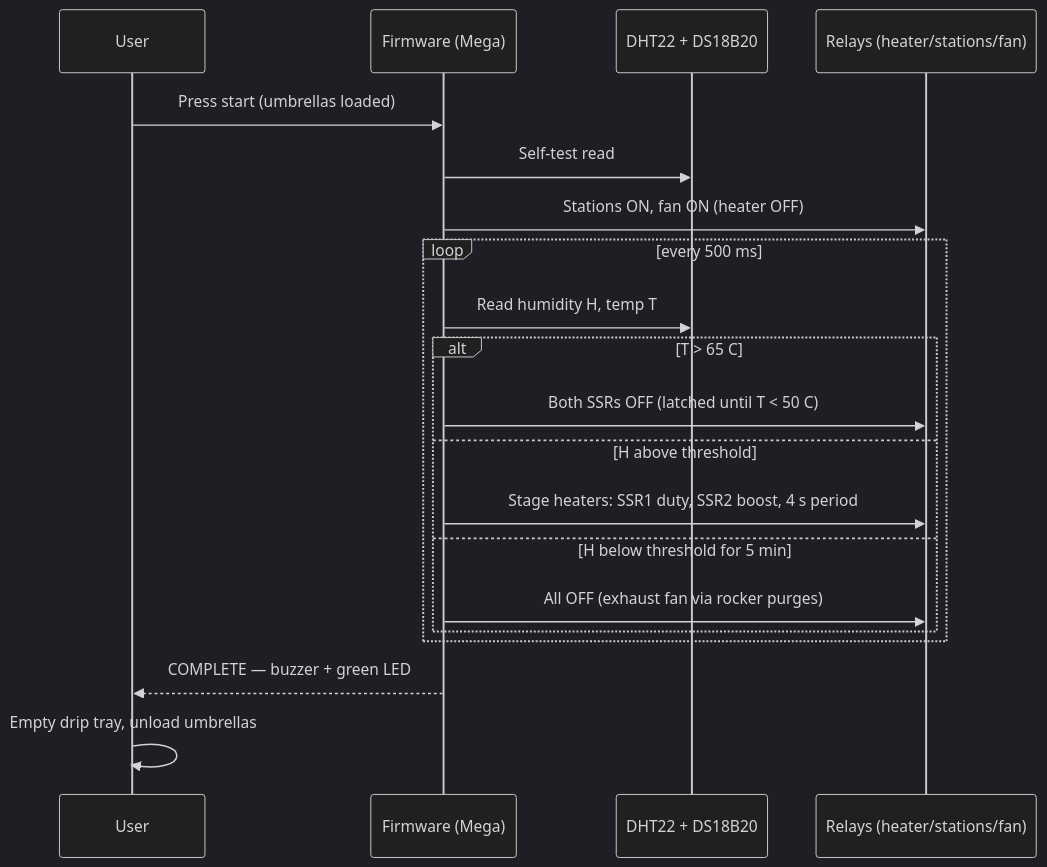
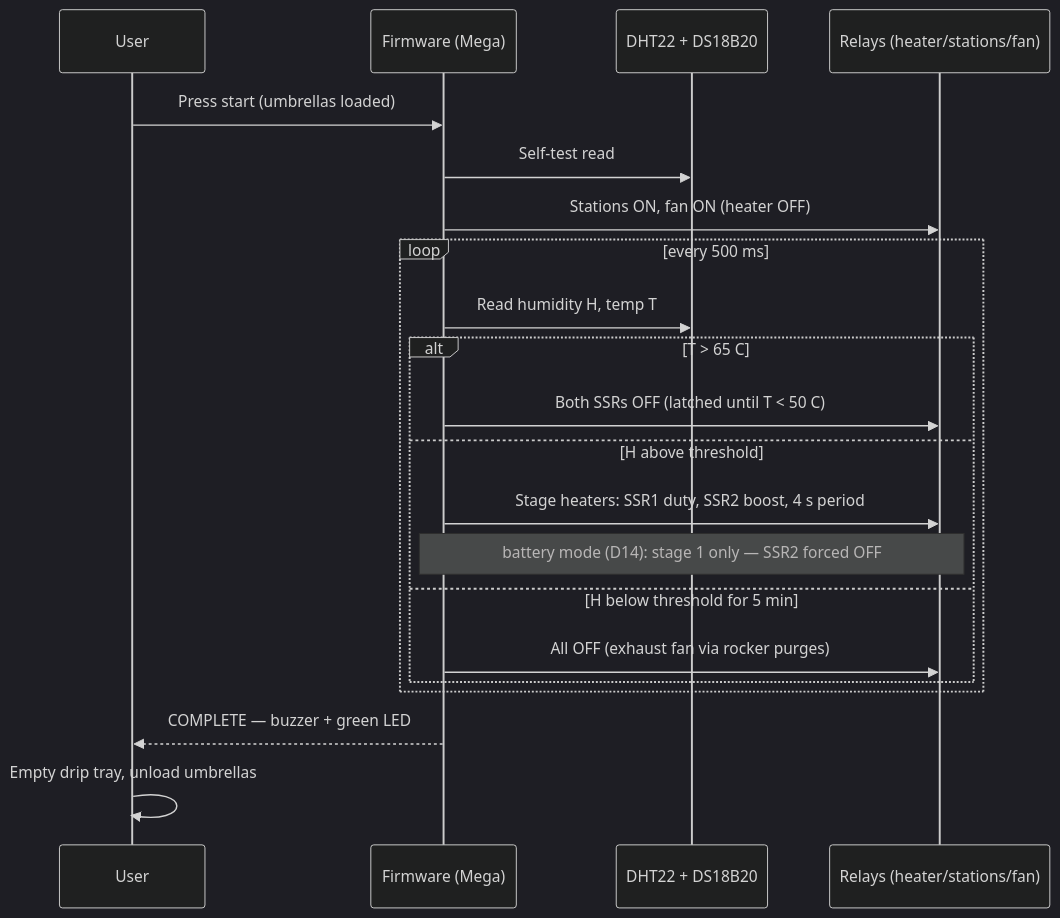
Before and after one commit to qppd/umbrella-dryer-v2: the second of 2 diagrams in docs/SYSTEM-ARCHITECTURE.md, drawn with Mermaid (dark theme). The commit also changed other lines of this file and 13 other files, not shown here.

````diff
--- a/docs/SYSTEM-ARCHITECTURE.md
+++ b/docs/SYSTEM-ARCHITECTURE.md
@@ -59,23 +60,24 @@
 ```mermaid
 sequenceDiagram
     participant U as User
     participant FW as Firmware (Mega)
     participant S as DHT22 + DS18B20
     participant A as Relays (heater/stations/fan)
 
     U->>FW: Press start (umbrellas loaded)
     FW->>S: Self-test read
     FW->>A: Stations ON, fan ON (heater OFF)
     loop every 500 ms
         FW->>S: Read humidity H, temp T
         alt T > 65 C
             FW->>A: Both SSRs OFF (latched until T < 50 C)
         else H above threshold
             FW->>A: Stage heaters: SSR1 duty, SSR2 boost, 4 s period
+            Note over FW,A: battery mode (D14): stage 1 only — SSR2 forced OFF
         else H below threshold for 5 min
             FW->>A: All OFF (exhaust fan via rocker purges)
         end
     end
     FW-->>U: COMPLETE — buzzer + green LED
     U->>U: Empty drip tray, unload umbrellas
 ```
````
